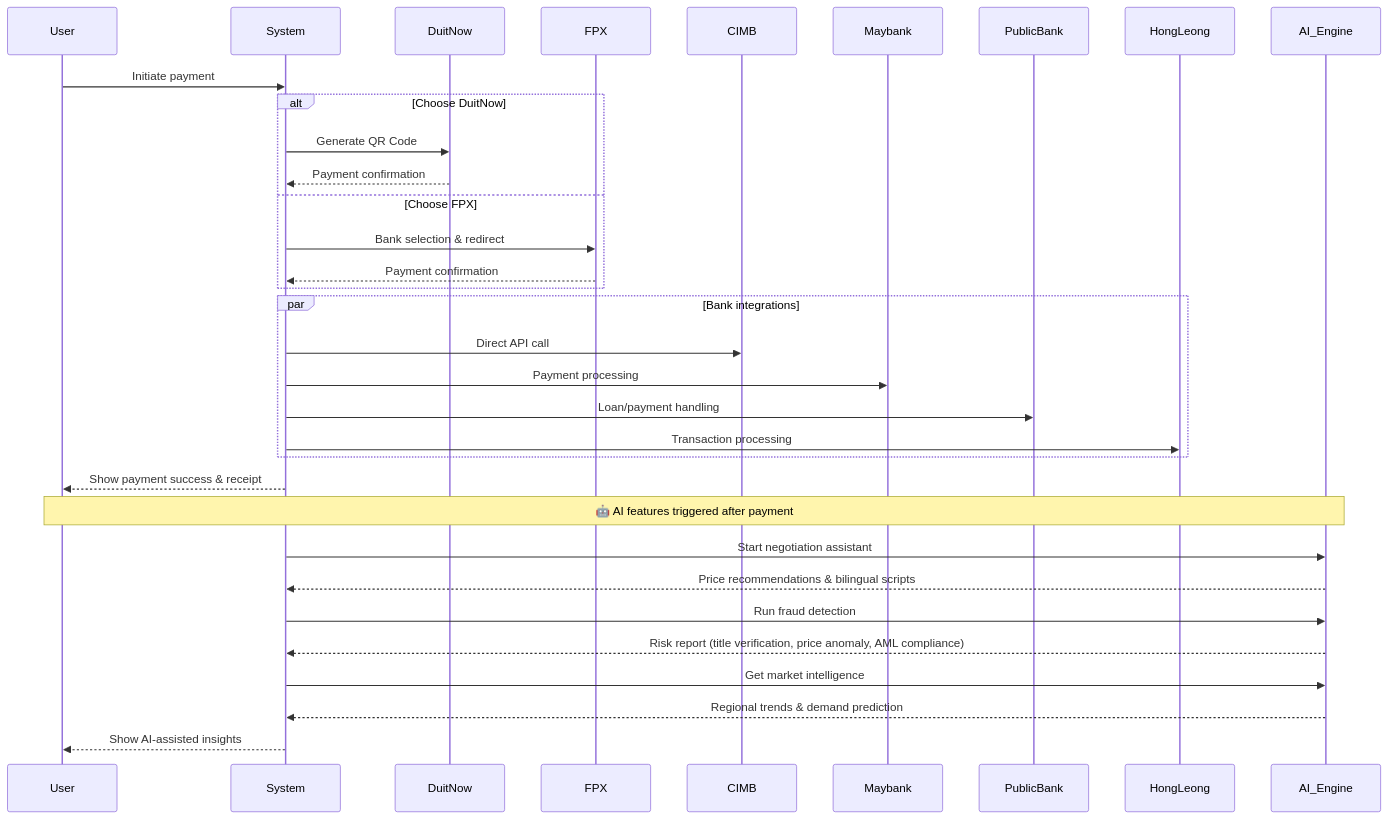
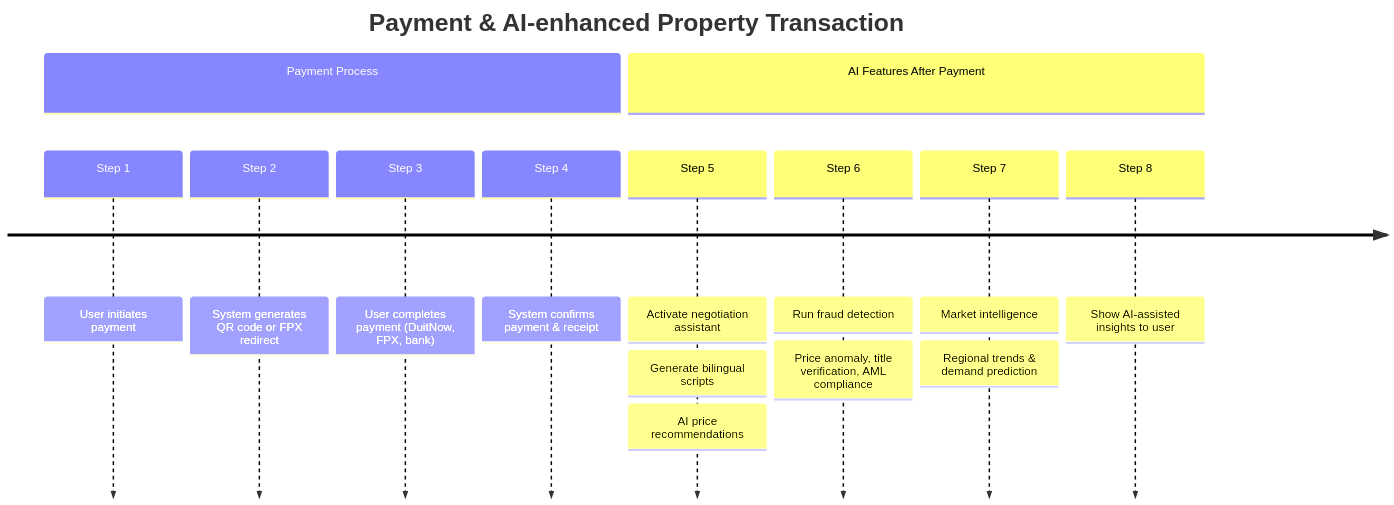
Before and after one commit to NexAuct/realestate: the fourth of 4 diagrams in README_2025_UPDATES.md, drawn with Mermaid.

````diff
--- a/README_2025_UPDATES.md
+++ b/README_2025_UPDATES.md
@@ -137,43 +137,20 @@
 ```mermaid
-sequenceDiagram
-    participant User
-    participant System
-    participant DuitNow
-    participant FPX
-    participant CIMB
-    participant Maybank
-    participant PublicBank
-    participant HongLeong
-    participant AI_Engine
+timeline
+    title Payment & AI-enhanced Property Transaction
 
-    User->>System: Initiate payment
-    alt Choose DuitNow
-        System->>DuitNow: Generate QR Code
-        DuitNow-->>System: Payment confirmation
-    else Choose FPX
-        System->>FPX: Bank selection & redirect
-        FPX-->>System: Payment confirmation
-    end
+    section Payment Process
+        Step 1 : User initiates payment
+        Step 2 : System generates QR code or FPX redirect
+        Step 3 : User completes payment (DuitNow, FPX, bank)
+        Step 4 : System confirms payment & receipt
 
-    par Bank integrations
-        System->>CIMB: Direct API call
-        System->>Maybank: Payment processing
-        System->>PublicBank: Loan/payment handling
-        System->>HongLeong: Transaction processing
-    end
-
-    System-->>User: Show payment success & receipt
-
-    Note over User,AI_Engine: 🤖 AI features triggered after payment
-
-    System->>AI_Engine: Start negotiation assistant
-    AI_Engine-->>System: Price recommendations & bilingual scripts
-
-    System->>AI_Engine: Run fraud detection
-    AI_Engine-->>System: Risk report (title verification, price anomaly, AML compliance)
-
-    System->>AI_Engine: Get market intelligence
-    AI_Engine-->>System: Regional trends & demand prediction
-
-    System-->>User: Show AI-assisted insights
+    section AI Features After Payment
+        Step 5 : Activate negotiation assistant
+               : Generate bilingual scripts
+               : AI price recommendations
+        Step 6 : Run fraud detection
+               : Price anomaly, title verification, AML compliance
+        Step 7 : Market intelligence
+               : Regional trends & demand prediction
+        Step 8 : Show AI-assisted insights to user
 ```
````
